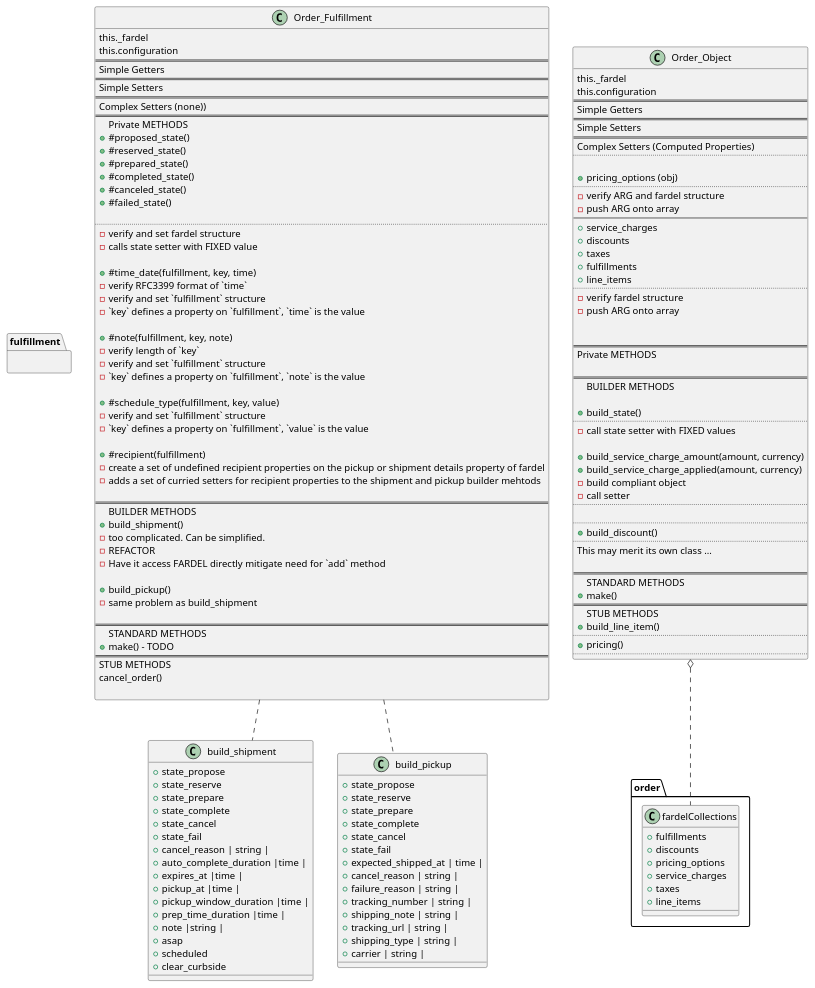
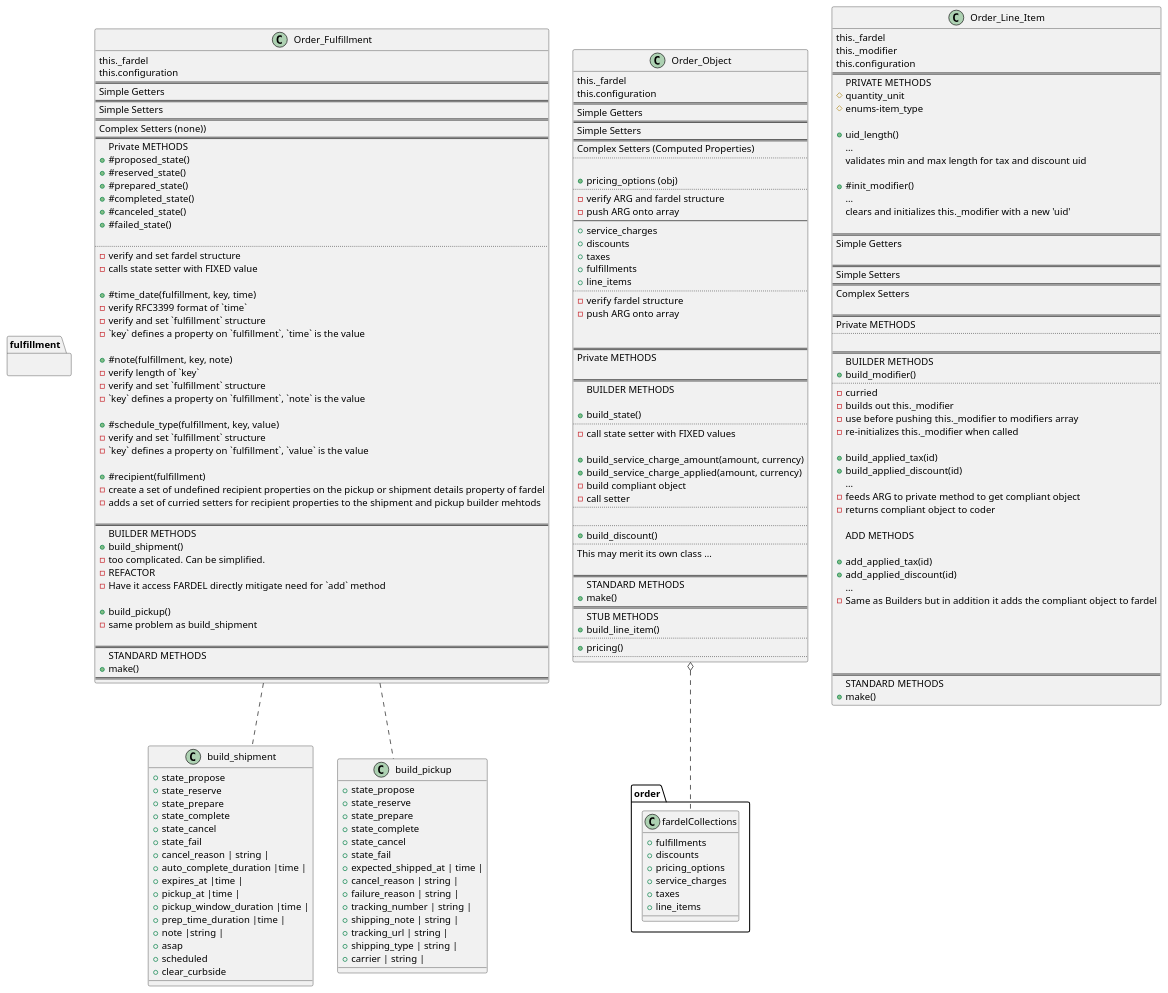
The diagram in docs/uml/order_object_pie.puml (TwoFistedJustice/square-pie), drawn with PlantUML before and after one commit.

Commit message:
docs: add build_modifier to Builder Methods section

```diff
--- a/docs/uml/order_object_pie.puml
+++ b/docs/uml/order_object_pie.puml
@@ -132,12 +132,74 @@
 
 ==
 STANDARD METHODS
-+ make() - TODO
++ make()
 ==
-STUB METHODS
-cancel_order()
+}
 
+class Order_Line_Item {
+this._fardel
+this._modifier
+this.configuration
+==
+PRIVATE METHODS
+#quantity_unit
+#enums-item_type
+
++uid_length()
+...
+validates min and max length for tax and discount uid
+
++#init_modifier()
+...
+ clears and initializes this._modifier with a new 'uid'
+
+==
+Simple Getters
+
+==
+Simple Setters
+==
+Complex Setters
+
+==
+Private METHODS
+..
+
+==
+BUILDER METHODS
++build_modifier()
+..
+- curried
+- builds out this._modifier
+- use before pushing this._modifier to modifiers array
+- re-initializes this._modifier when called
+
++build_applied_tax(id)
++build_applied_discount(id)
+...
+- feeds ARG to private method to get compliant object
+- returns compliant object to coder
+
+ADD METHODS
+
++add_applied_tax(id)
++add_applied_discount(id)
+...
+- Same as Builders but in addition it adds the compliant object to fardel
+
+
+
+
+
+==
+STANDARD METHODS
++ make()
 }
+
+
+
+
+
 
 
 object build_shipment {
```
